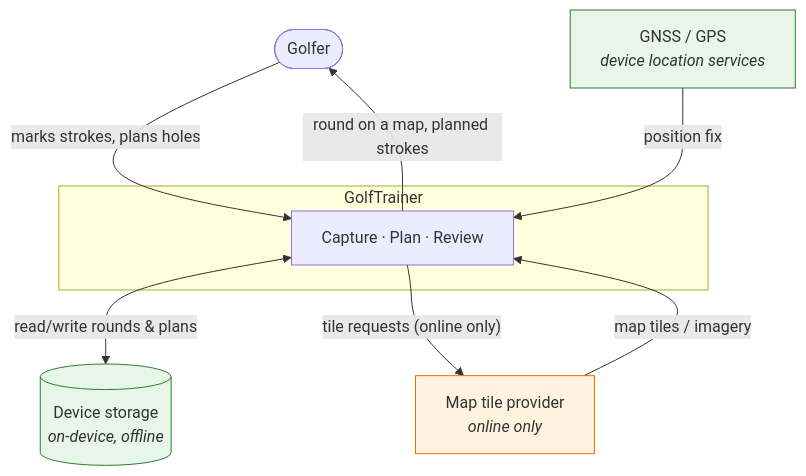
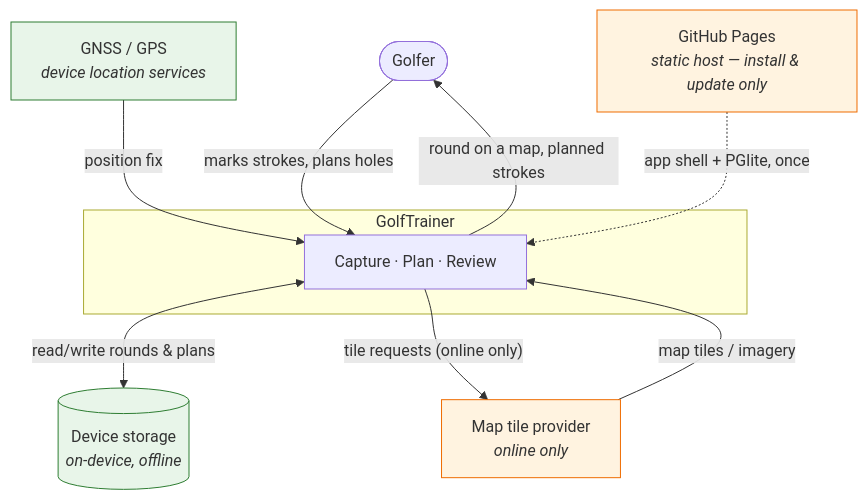
The first of 2 diagrams in CLAUDE.md (roeselert/golftrainer), drawn with Mermaid before and after one commit. The commit also changed other lines of this file and 18 other files, not shown here.

First line of the commit message:
Deploy to GitHub Pages and make every path relative

````diff
--- a/CLAUDE.md
+++ b/CLAUDE.md
@@ -81,25 +81,27 @@
 ```mermaid
 flowchart TB
     golfer(["Golfer"])
 
     subgraph system["GolfTrainer"]
         app["Capture · Plan · Review"]
     end
 
     gnss["GNSS / GPS<br/><i>device location services</i>"]
     tiles["Map tile provider<br/><i>online only</i>"]
     storage[("Device storage<br/><i>on-device, offline</i>")]
+    host["GitHub Pages<br/><i>static host — install & update only</i>"]
 
     golfer -->|"marks strokes, plans holes"| app
     app -->|"round on a map, planned strokes"| golfer
 
     gnss -->|"position fix"| app
     app <-->|"read/write rounds & plans"| storage
     app -->|"tile requests (online only)"| tiles
     tiles -->|"map tiles / imagery"| app
+    host -.->|"app shell + PGlite, once"| app
 
     classDef offline fill:#e8f5e9,stroke:#2e7d32
     classDef online fill:#fff3e0,stroke:#ef6c00
     class gnss,storage offline
-    class tiles online
+    class tiles,host online
 ```
````
